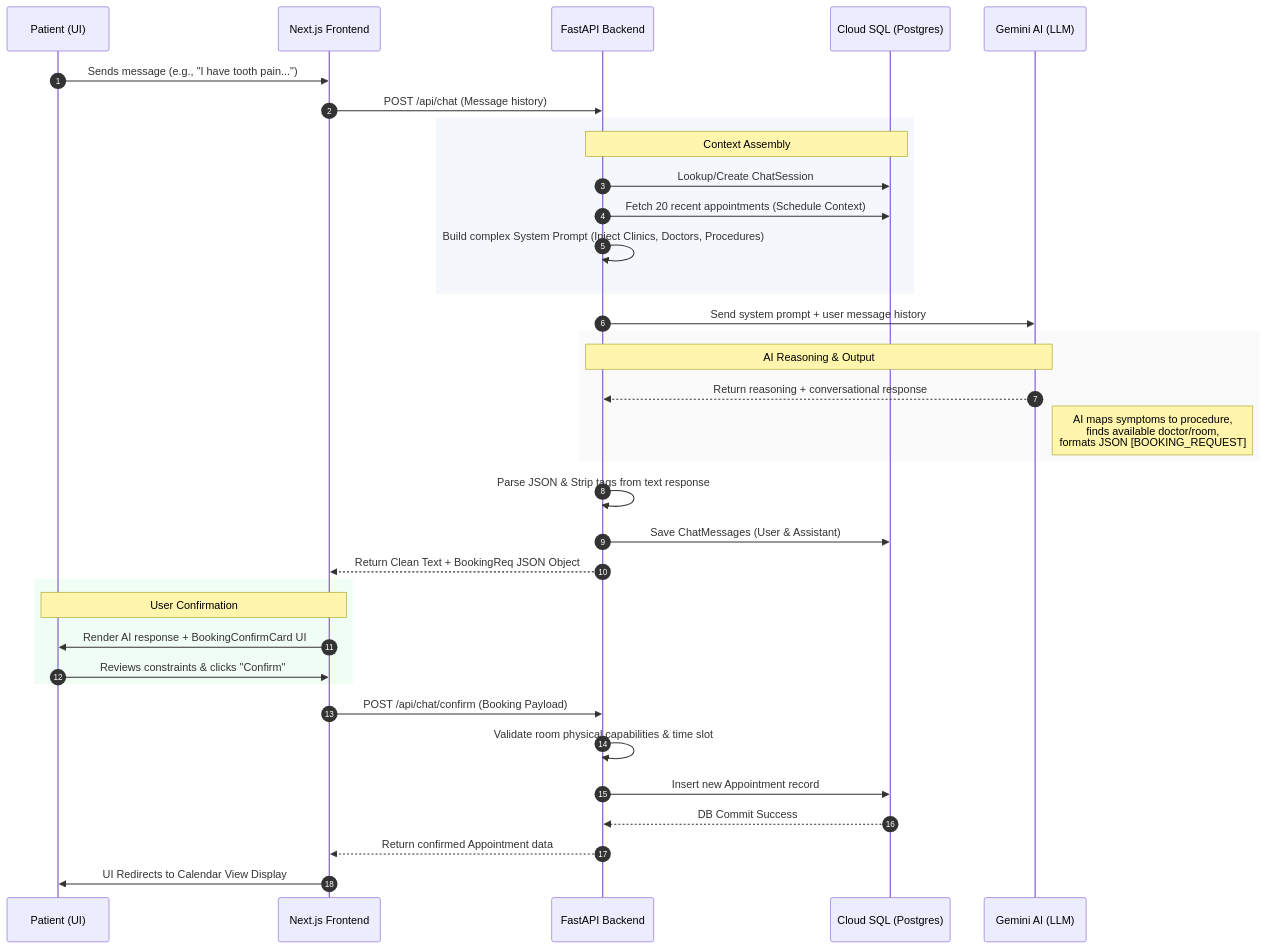
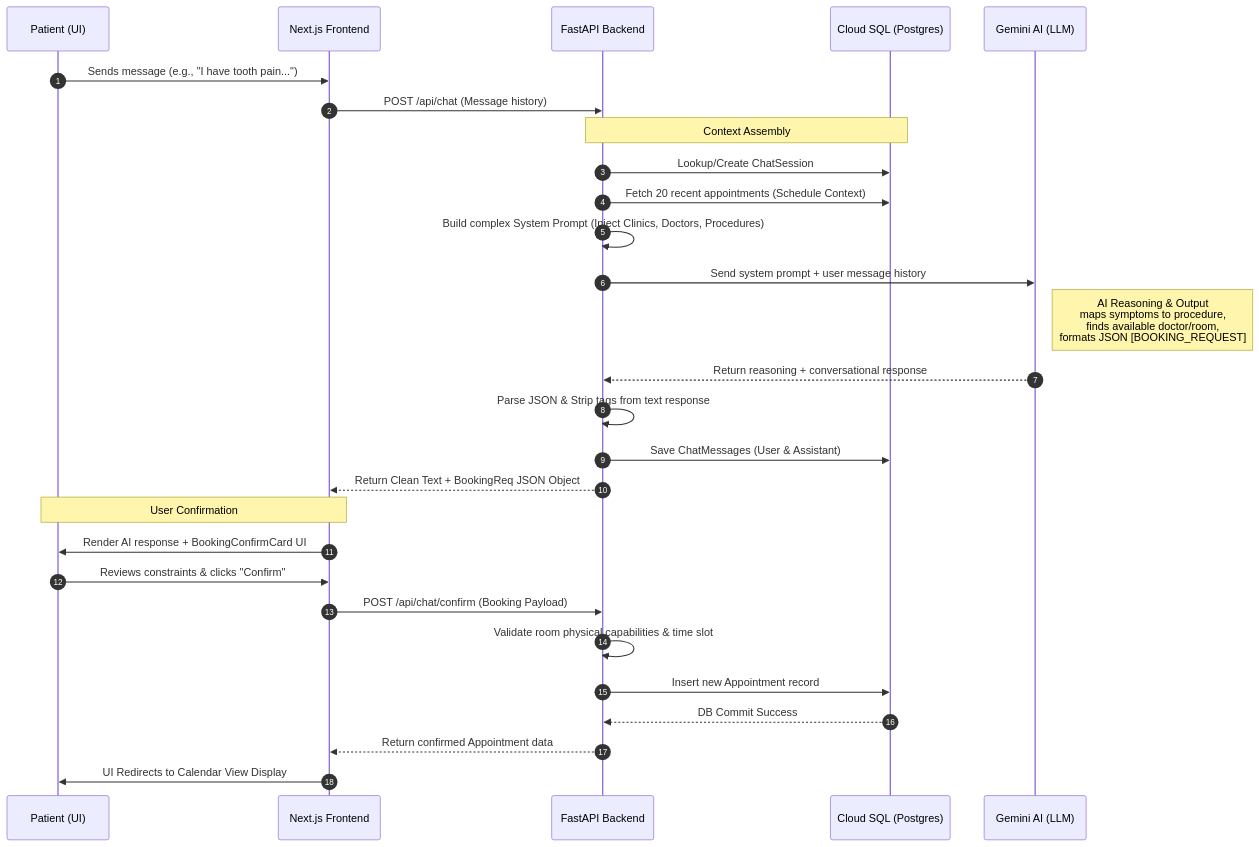
Before and after one commit to arsalannkhann/AppointmentBooking: the second of 2 diagrams in README.md, drawn with Mermaid. The commit also changed other lines of this file, not shown here.

Commit message:
docs: Fix mermaid syntax rendering engine errors on GitHub

````diff
--- a/README.md
+++ b/README.md
@@ -54,44 +61,37 @@
 ```mermaid
 sequenceDiagram
     autonumber
     participant U as Patient (UI)
     participant F as Next.js Frontend
     participant B as FastAPI Backend
     participant DB as Cloud SQL (Postgres)
     participant AI as Gemini AI (LLM)
 
     U->>F: Sends message (e.g., "I have tooth pain...")
     F->>B: POST /api/chat (Message history)
     
-    rect rgb(244, 248, 252)
-        Note over B,DB: Context Assembly
-        B->>DB: Lookup/Create ChatSession
-        B->>DB: Fetch 20 recent appointments (Schedule Context)
-        B->>B: Build complex System Prompt (Inject Clinics, Doctors, Procedures)
-    end
+    Note over B,DB: Context Assembly
+    B->>DB: Lookup/Create ChatSession
+    B->>DB: Fetch 20 recent appointments (Schedule Context)
+    B->>B: Build complex System Prompt (Inject Clinics, Doctors, Procedures)
     
     B->>AI: Send system prompt + user message history
     
-    rect rgb(250, 250, 250)
-        Note over AI,B: AI Reasoning & Output
-        AI-->>B: Return reasoning + conversational response
-        Note right of AI: AI maps symptoms to procedure,<br/>finds available doctor/room,<br/>formats JSON [BOOKING_REQUEST]
-    end
+    Note right of AI: AI Reasoning & Output<br/>maps symptoms to procedure,<br/>finds available doctor/room,<br/>formats JSON [BOOKING_REQUEST]
+    AI-->>B: Return reasoning + conversational response
     
     B->>B: Parse JSON & Strip tags from text response
     B->>DB: Save ChatMessages (User & Assistant)
     B-->>F: Return Clean Text + BookingReq JSON Object
     
-    rect rgb(240, 253, 244)
-        Note over F,U: User Confirmation
-        F->>U: Render AI response + BookingConfirmCard UI
-        U->>F: Reviews constraints & clicks "Confirm"
-    end
+    Note over F,U: User Confirmation
+    F->>U: Render AI response + BookingConfirmCard UI
+    U->>F: Reviews constraints & clicks "Confirm"
     
     F->>B: POST /api/chat/confirm (Booking Payload)
     B->>B: Validate room physical capabilities & time slot
     B->>DB: Insert new Appointment record
     DB-->>B: DB Commit Success
     B-->>F: Return confirmed Appointment data
     F->>U: UI Redirects to Calendar View Display
 ```
````
